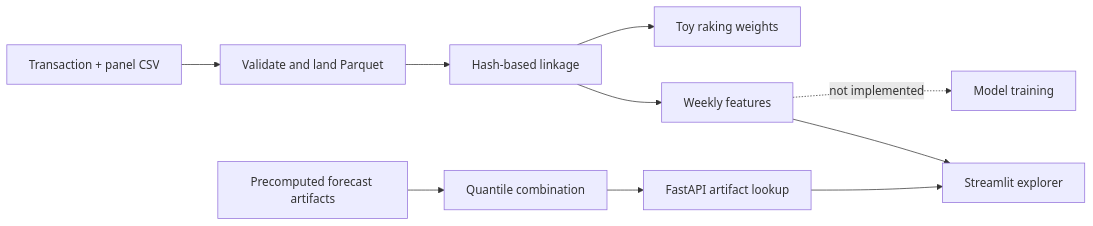
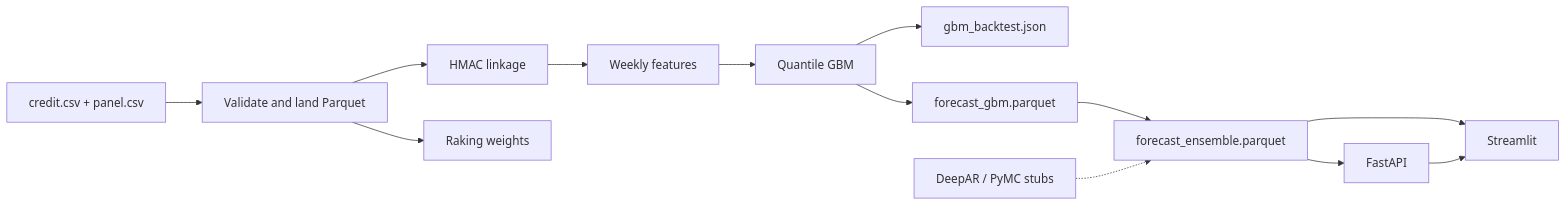
The diagram in README.md (dev-nezuko/inventory-forecast-engine), drawn with Mermaid before and after one commit. The commit also changed other lines of this file and 5 other files, not shown here.

````diff
--- a/README.md
+++ b/README.md
@@ -20,12 +25,15 @@
 ```mermaid
 flowchart LR
-  CSV[Transaction + panel CSV] --> Ingest[Validate and land Parquet]
-  Ingest --> Link[Hash-based linkage]
-  Link --> Weight[Toy raking weights]
+  CSV[credit.csv + panel.csv] --> Ingest[Validate and land Parquet]
+  Ingest --> Link[HMAC linkage]
+  Ingest --> Rake[Raking weights]
   Link --> Features[Weekly features]
-  Features -. not implemented .-> Train[Model training]
-  Artifacts[Precomputed forecast artifacts] --> Ensemble[Quantile combination]
-  Ensemble --> API[FastAPI artifact lookup]
-  Features --> UI[Streamlit explorer]
+  Features --> Train[Quantile GBM]
+  Train --> Backtest[gbm_backtest.json]
+  Train --> GBM[forecast_gbm.parquet]
+  GBM --> Ensemble[forecast_ensemble.parquet]
+  Ensemble --> API[FastAPI]
+  Ensemble --> UI[Streamlit]
   API --> UI
+  Stubs[DeepAR / PyMC stubs] -.-> Ensemble
 ```
````
